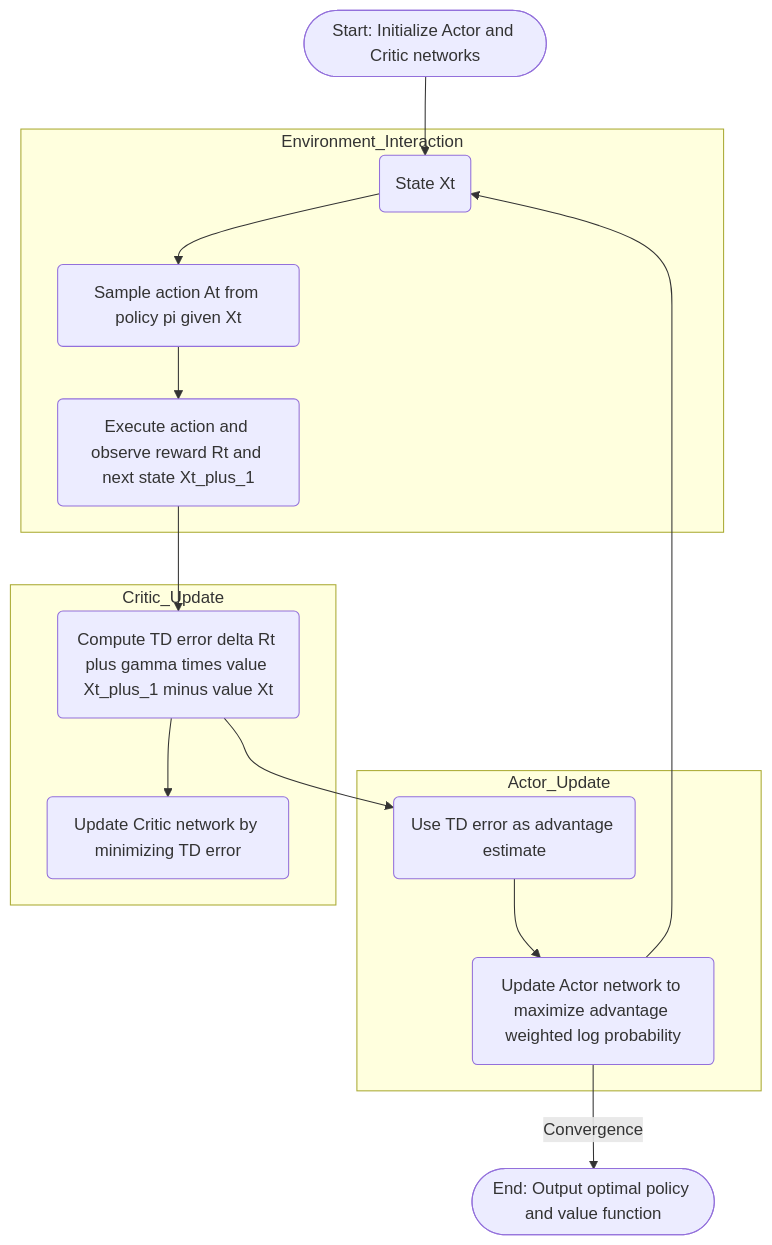
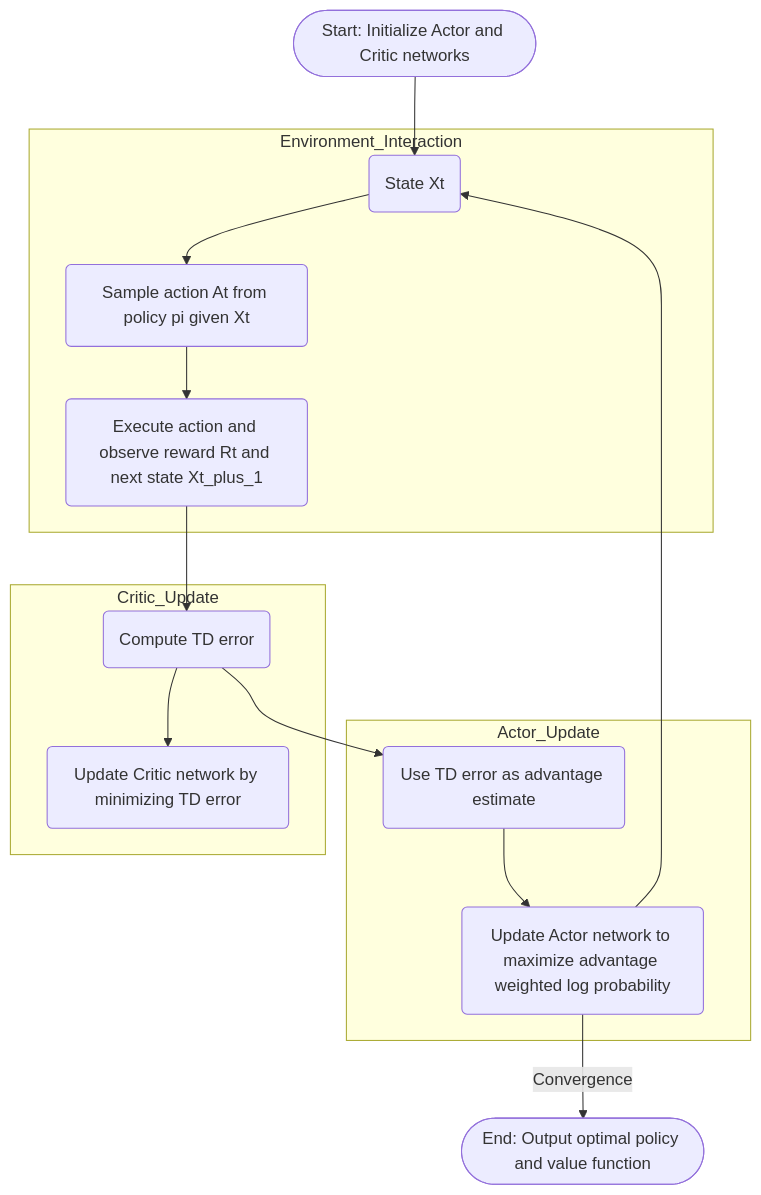
The diagram in obsidian_notes/Archives for Concepts and Propositions/Machine_Learning/Reinforcement_Learning/Advantage and Advantage Actor Critic or A2C Algorithm.md (TianpeiLuke/SelfStudyNotes), drawn with Mermaid before and after one commit. The commit also changed 9 other files, not shown here.

````diff
--- a/obsidian_notes/Archives for Concepts and Propositions/Machine_Learning/Reinforcement_Learning/Advantage and Advantage Actor Critic or A2C Algorithm.md
+++ b/obsidian_notes/Archives for Concepts and Propositions/Machine_Learning/Reinforcement_Learning/Advantage and Advantage Actor Critic or A2C Algorithm.md
@@ -100,31 +100,31 @@
 ```mermaid
 flowchart TD
     Start([Start: Initialize Actor and Critic networks])
 
     subgraph Environment_Interaction
         State(State Xt)
         Action(Sample action At from policy pi given Xt)
         NextState(Execute action and observe reward Rt and next state Xt_plus_1)
     end
 
     subgraph Critic_Update
-        ComputeTD(Compute TD error delta Rt plus gamma times value Xt_plus_1 minus value Xt)
+        ComputeTD(Compute TD error)
         UpdateCritic(Update Critic network by minimizing TD error)
     end
 
     subgraph Actor_Update
         ComputeAdvantage(Use TD error as advantage estimate)
         UpdateActor(Update Actor network to maximize advantage weighted log probability)
     end
     
     Start --> State
     State --> Action
     Action --> NextState
     NextState --> ComputeTD
     ComputeTD --> UpdateCritic
     ComputeTD --> ComputeAdvantage
     ComputeAdvantage --> UpdateActor
     UpdateActor --> State
 
     UpdateActor -->|Convergence| End([End: Output optimal policy and value function])
 ```
````
